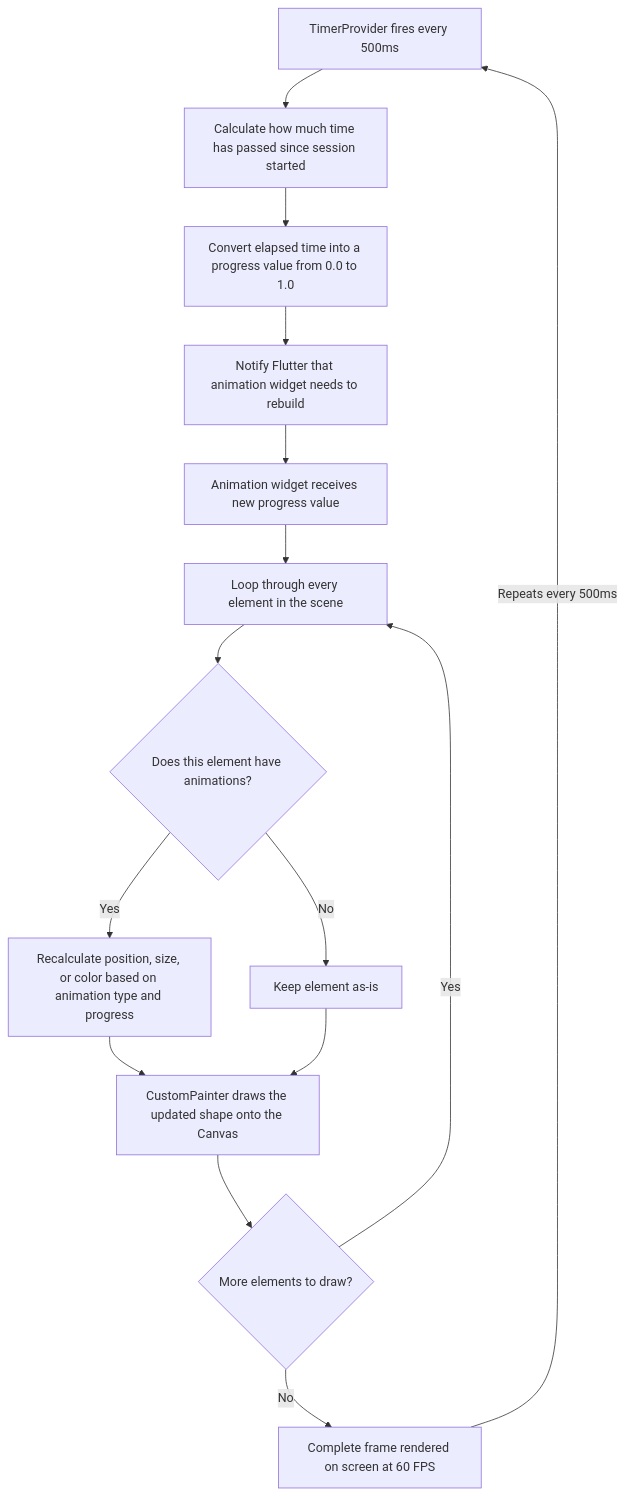
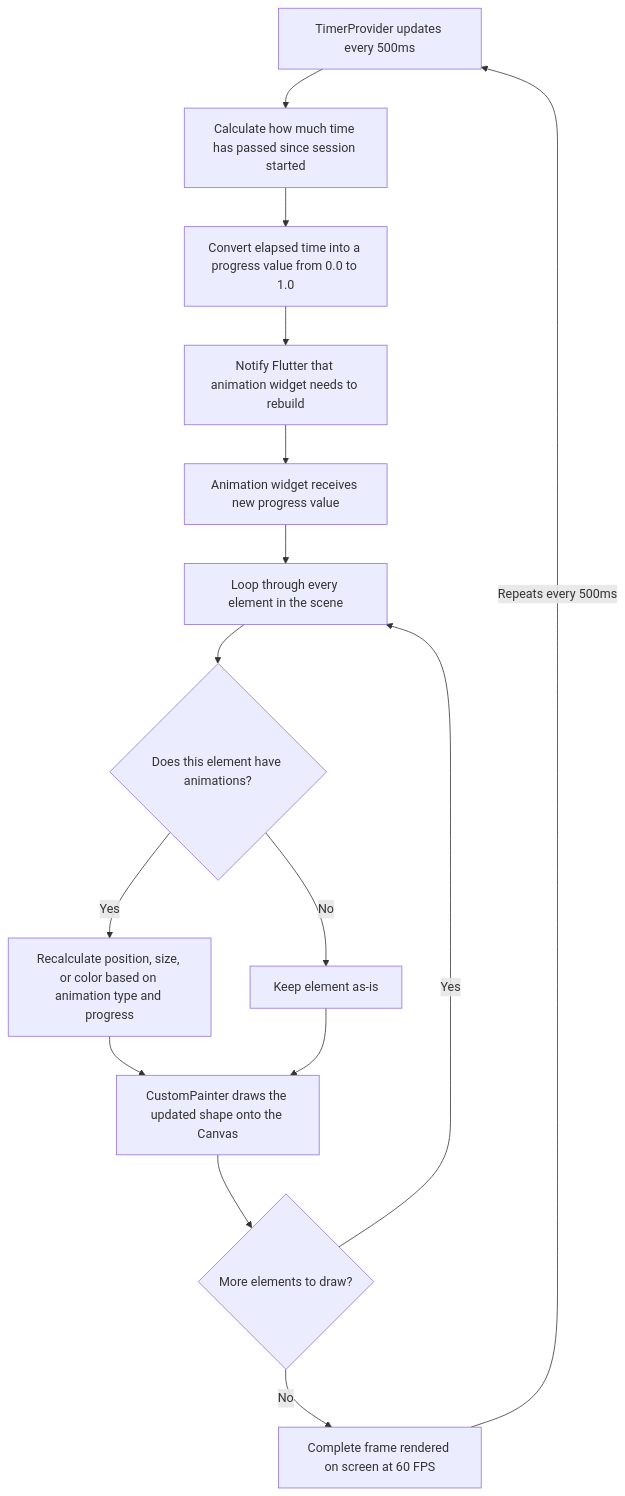
The first of 5 diagrams in ANIMATION_SYSTEM.md (muhammedashharps/stickman), drawn with Mermaid before and after one commit.

````diff
--- a/ANIMATION_SYSTEM.md
+++ b/ANIMATION_SYSTEM.md
@@ -30,17 +30,17 @@
 ```mermaid
 graph TD
-    A[TimerProvider fires every 500ms] --> B[Calculate how much time has passed since session started]
+    A[TimerProvider updates every 500ms] --> B[Calculate how much time has passed since session started]
     B --> C[Convert elapsed time into a progress value from 0.0 to 1.0]
     C --> D[Notify Flutter that animation widget needs to rebuild]
     D --> E[Animation widget receives new progress value]
     E --> F[Loop through every element in the scene]
     F --> G{Does this element have animations?}
     G -->|Yes| H[Recalculate position, size, or color based on animation type and progress]
     G -->|No| I[Keep element as-is]
     H --> J[CustomPainter draws the updated shape onto the Canvas]
     I --> J
     J --> K{More elements to draw?}
     K -->|Yes| F
     K -->|No| L[Complete frame rendered on screen at 60 FPS]
     L -->|Repeats every 500ms| A
 ```
````
